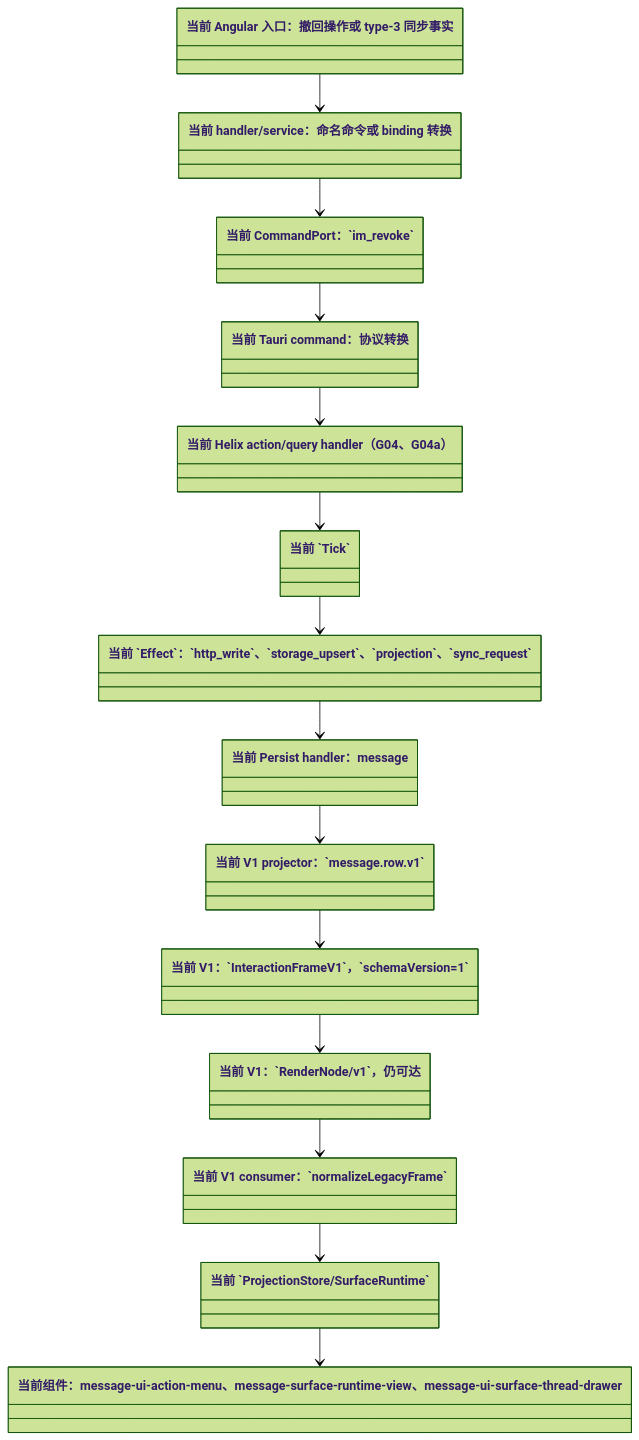
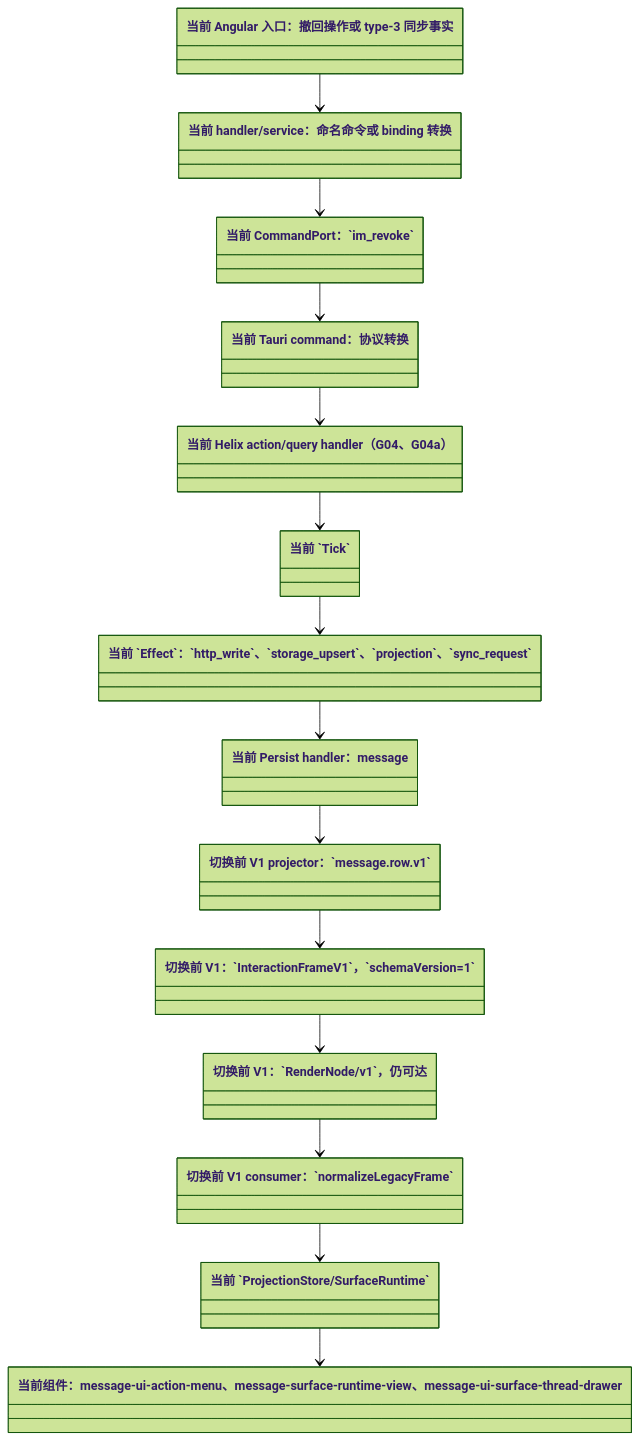
The diagram in docs/interaction-frame-v2-全量替换-按UC/G04/01-V1当前类图.mmd (zxs1633079383/helix), drawn with Mermaid (forest theme) before and after one commit. The commit also changed 159 other files, not shown here.

```diff
--- a/docs/interaction-frame-v2-全量替换-按UC/G04/01-V1当前类图.mmd
+++ b/docs/interaction-frame-v2-全量替换-按UC/G04/01-V1当前类图.mmd
@@ -1,28 +1,29 @@
+%% 切换前历史快照：不得作为当前生产合同；当前仅 InteractionFrame/v2
 classDiagram
     class Angular入口["当前 Angular 入口：撤回操作或 type-3 同步事实"]
     class ShellService["当前 handler/service：命名命令或 binding 转换"]
     class CommandPort["当前 CommandPort：`im_revoke`"]
     class Tauri命令["当前 Tauri command：协议转换"]
     class Helix处理["当前 Helix action/query handler（G04、G04a）"]
     class Tick["当前 `Tick`"]
     class Effect["当前 `Effect`：`http_write`、`storage_upsert`、`projection`、`sync_request`"]
     class 持久化["当前 Persist handler：message"]
-    class V1投影["当前 V1 projector：`message.row.v1`"]
-    class V1帧["当前 V1：`InteractionFrameV1`，`schemaVersion=1`"]
-    class V1节点["当前 V1：`RenderNode/v1`，仍可达"]
-    class V1解码["当前 V1 consumer：`normalizeLegacyFrame`"]
+    class V1投影["切换前 V1 projector：`message.row.v1`"]
+    class V1帧["切换前 V1：`InteractionFrameV1`，`schemaVersion=1`"]
+    class V1节点["切换前 V1：`RenderNode/v1`，仍可达"]
+    class V1解码["切换前 V1 consumer：`normalizeLegacyFrame`"]
     class SurfaceRuntime["当前 `ProjectionStore/SurfaceRuntime`"]
     class 组件["当前组件：message-ui-action-menu、message-surface-runtime-view、message-ui-surface-thread-drawer"]
     Angular入口 --> ShellService
     ShellService --> CommandPort
     CommandPort --> Tauri命令
     Tauri命令 --> Helix处理
     Helix处理 --> Tick
     Tick --> Effect
     Effect --> 持久化
     持久化 --> V1投影
     V1投影 --> V1帧
     V1帧 --> V1节点
     V1节点 --> V1解码
     V1解码 --> SurfaceRuntime
     SurfaceRuntime --> 组件
```
